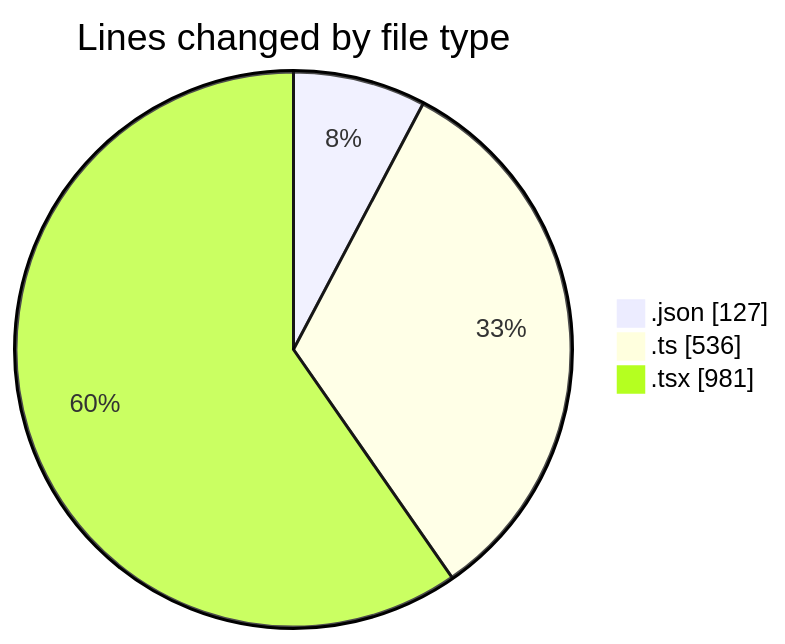
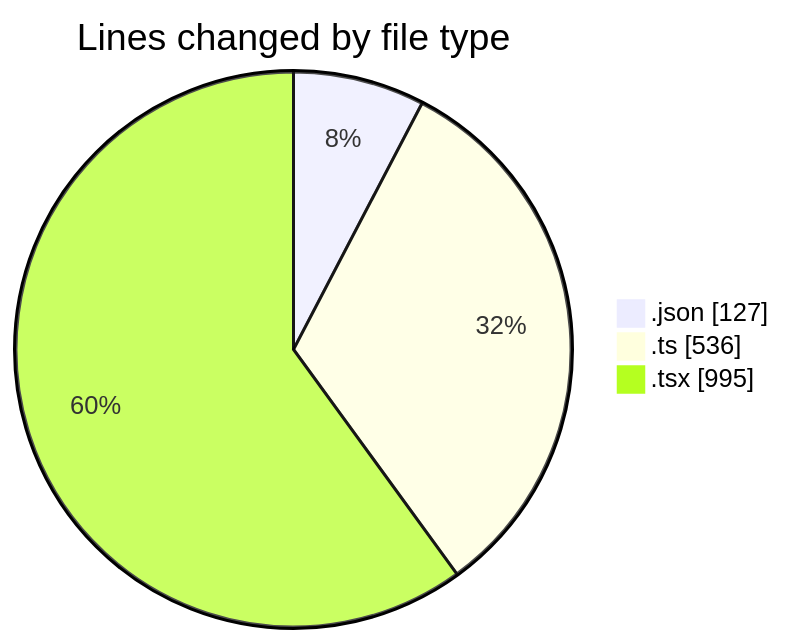
One commit to julien-gomy/code-tracking changed the first of 2 diagrams in 2025-11-12/eventscop-frontend-guide__workspace_/README.md. Above: the diagram before and after it, drawn with Mermaid. The commit also changed other lines of this file and 1 other file, not shown here.

````diff
--- a/2025-11-12/eventscop-frontend-guide__workspace_/README.md
+++ b/2025-11-12/eventscop-frontend-guide__workspace_/README.md
@@ -25,7 +25,7 @@
 ```mermaid
 pie showData
 title Lines changed by file type
 ".json" : 127
 ".ts" : 536
-".tsx" : 981
+".tsx" : 995
 ```
````
